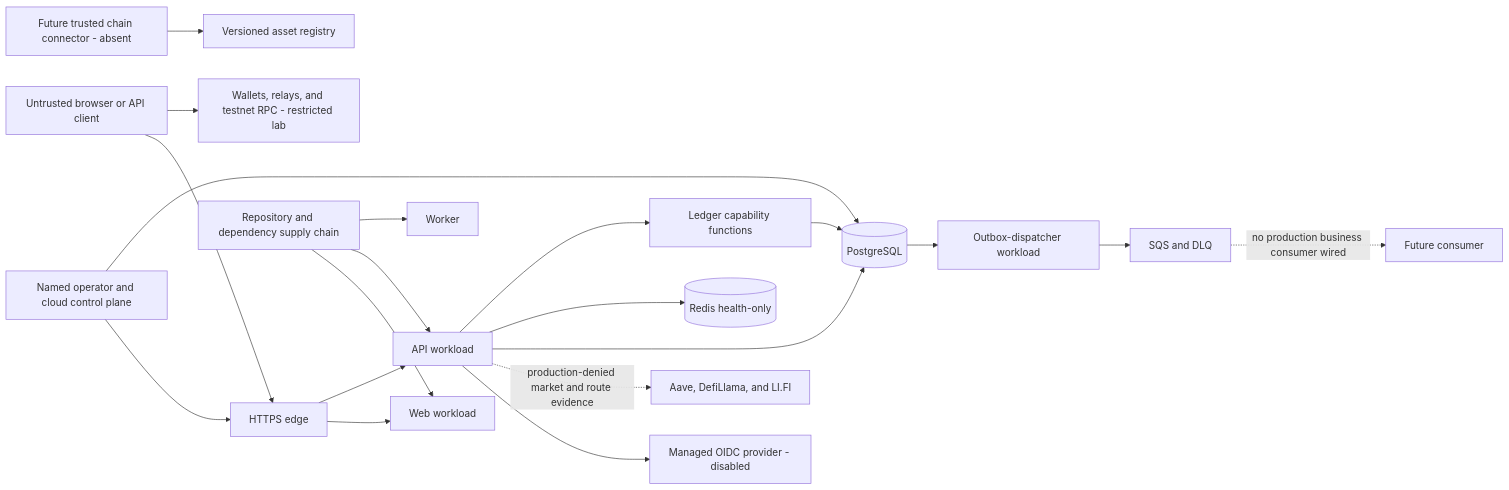
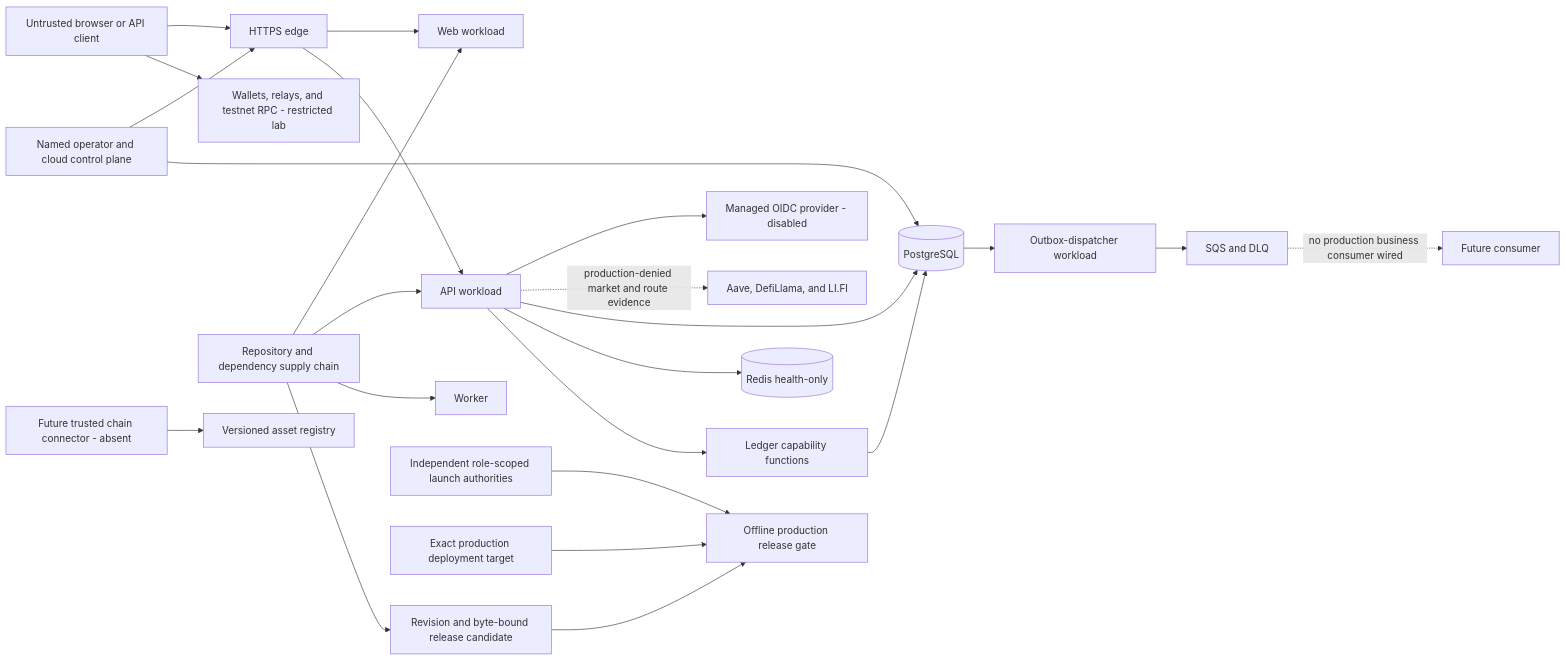
One commit to BurstCrypto/Crypto-lending changed the diagram in docs/security/threat-model.md. Above: the diagram before and after it, drawn with Mermaid. The commit also changed other lines of this file and 3 other files, not shown here.

````diff
--- a/docs/security/threat-model.md
+++ b/docs/security/threat-model.md
@@ -45,22 +46,26 @@
 ```mermaid
 flowchart LR
   Client[Untrusted browser or API client] --> Edge[HTTPS edge]
   Edge --> Web[Web workload]
   Edge --> API[API workload]
   API --> IdP[Managed OIDC provider - disabled]
   API -. production-denied market and route evidence .-> FeedVendors[Aave, DefiLlama, and LI.FI]
   Client --> Wallet[Wallets, relays, and testnet RPC - restricted lab]
   API --> DB[(PostgreSQL)]
   API --> Redis[(Redis health-only)]
   DB --> Dispatcher[Outbox-dispatcher workload]
   Dispatcher --> Queue[SQS and DLQ]
   Queue -. no production business consumer wired .-> FutureConsumer[Future consumer]
   API --> Ledger[Ledger capability functions]
   Ledger --> DB
   Connector[Future trusted chain connector - absent] --> Registry[Versioned asset registry]
   Operator[Named operator and cloud control plane] --> Edge
   Operator --> DB
   Repository[Repository and dependency supply chain] --> Web
   Repository --> API
   Repository --> Worker
+  Repository --> Candidate[Revision and byte-bound release candidate]
+  Candidate --> Gate[Offline production release gate]
+  Authorities[Independent role-scoped launch authorities] --> Gate
+  Target[Exact production deployment target] --> Gate
 ```
````
